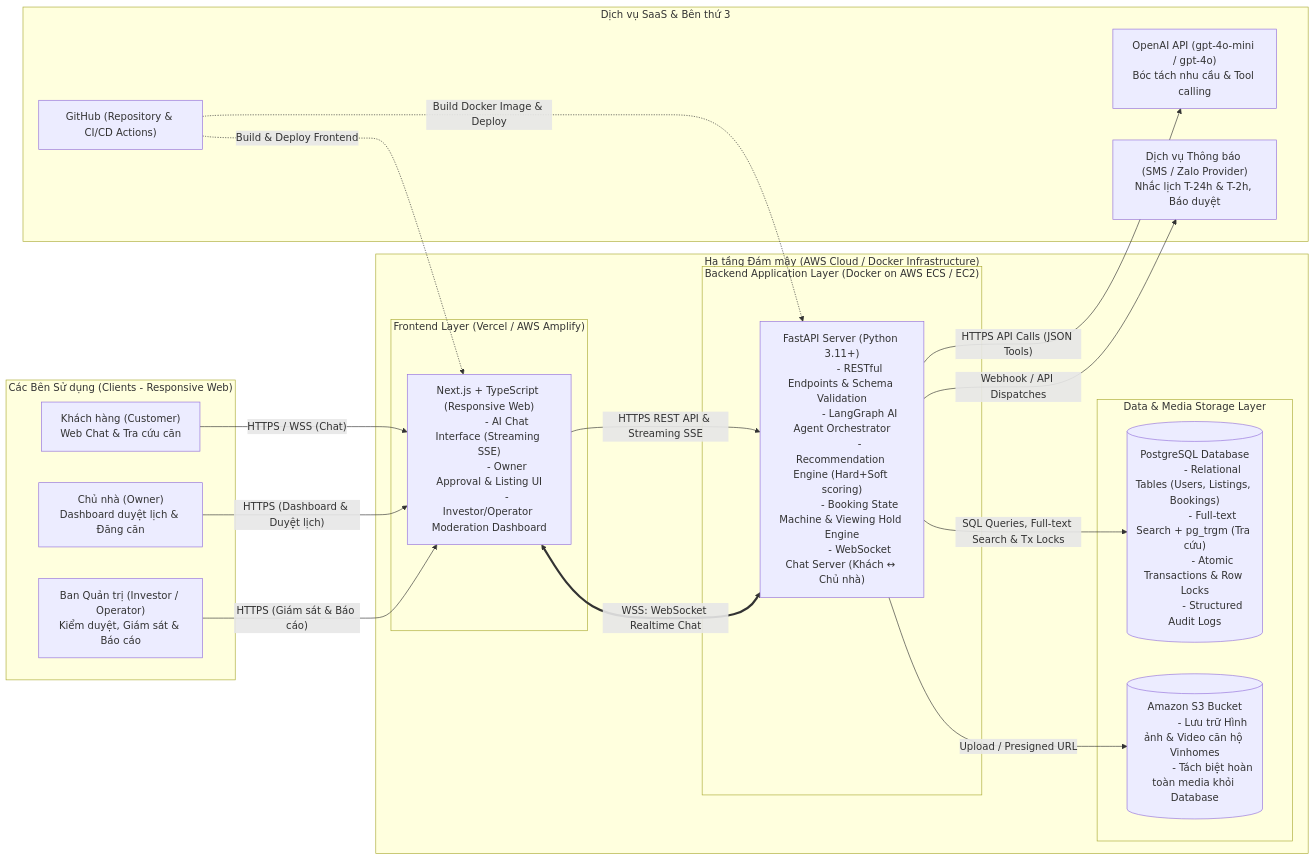
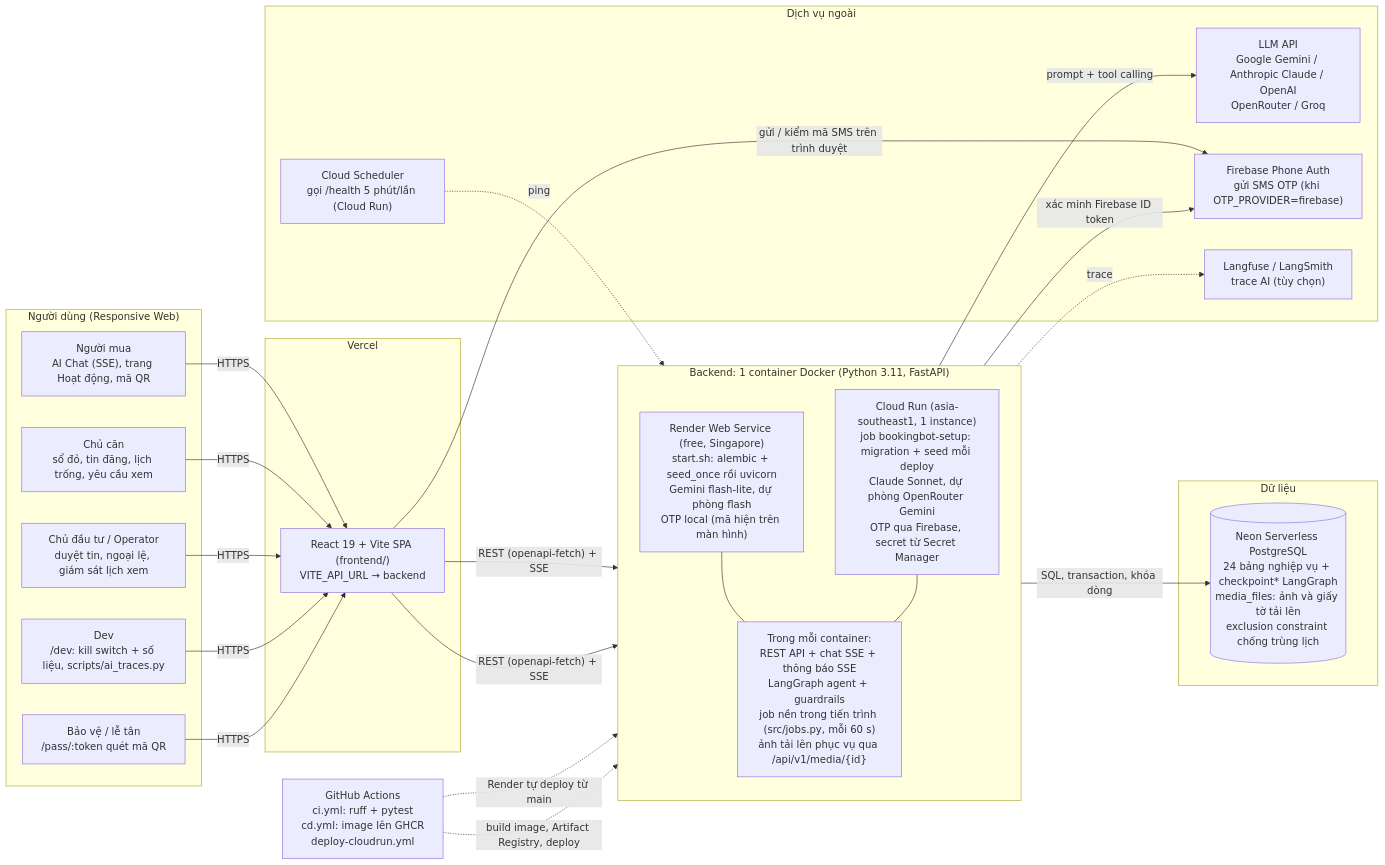
Before and after one commit to TaiHoang2501/P001: the diagram in DIagram/Deployment Diagram.md, drawn with Mermaid. The commit also changed other lines of this file and 10 other files, not shown here.

First line of the commit message:
docs: align README, .specify and diagrams with the running system

````diff
--- a/DIagram/Deployment Diagram.md
+++ b/DIagram/Deployment Diagram.md
@@ -5,65 +7,55 @@
 ```mermaid
 graph LR
-    subgraph Clients["Các Bên Sử dụng (Clients - Responsive Web)"]
-        C_USER["Khách hàng (Customer)<br/>Web Chat & Tra cứu căn"]
-        O_USER["Chủ nhà (Owner)<br/>Dashboard duyệt lịch & Đăng căn"]
-        OP_USER["Ban Quản trị (Investor / Operator)<br/>Kiểm duyệt, Giám sát & Báo cáo"]
+    subgraph Clients["Người dùng (Responsive Web)"]
+        C_USER["Người mua<br/>AI Chat (SSE), trang Hoạt động, mã QR"]
+        O_USER["Chủ căn<br/>sổ đỏ, tin đăng, lịch trống, yêu cầu xem"]
+        OP_USER["Chủ đầu tư / Operator<br/>duyệt tin, ngoại lệ, giám sát lịch xem"]
+        DEV_USER["Dev<br/>/dev: kill switch + số liệu, scripts/ai_traces.py"]
+        GUARD["Bảo vệ / lễ tân<br/>/pass/:token quét mã QR"]
     end
 
-    subgraph ExternalServices["Dịch vụ SaaS & Bên thứ 3"]
-        GITHUB["GitHub (Repository & CI/CD Actions)"]
-        LLM_API["OpenAI API (gpt-4o-mini / gpt-4o)<br/>Bóc tách nhu cầu & Tool calling"]
-        NOTIF_GATEWAY["Dịch vụ Thông báo (SMS / Zalo Provider)<br/>Nhắc lịch T-24h & T-2h, Báo duyệt"]
+    subgraph Vercel["Vercel"]
+        SPA["React 19 + Vite SPA (frontend/)<br/>VITE_API_URL → backend"]
     end
 
-    subgraph AWSCloud["Hạ tầng Đám mây (AWS Cloud / Docker Infrastructure)"]
-        subgraph FrontendTier["Frontend Layer (Vercel / AWS Amplify)"]
-            NEXTJS["Next.js + TypeScript (Responsive Web)
-            - AI Chat Interface (Streaming SSE)
-            - Owner Approval & Listing UI
-            - Investor/Operator Moderation Dashboard"]
-        end
-
-        subgraph BackendTier["Backend Application Layer (Docker on AWS ECS / EC2)"]
-            FASTAPI["FastAPI Server (Python 3.11+)
-            - RESTful Endpoints & Schema Validation
-            - LangGraph AI Agent Orchestrator
-            - Recommendation Engine (Hard+Soft scoring)
-            - Booking State Machine & Viewing Hold Engine
-            - WebSocket Chat Server (Khách ↔ Chủ nhà)"]
-        end
-
-        subgraph StorageTier["Data & Media Storage Layer"]
-            POSTGRES[("PostgreSQL Database
-            - Relational Tables (Users, Listings, Bookings)
-            - Full-text Search + pg_trgm (Tra cứu)
-            - Atomic Transactions & Row Locks
-            - Structured Audit Logs")]
-
-            S3_BUCKET[("Amazon S3 Bucket
-            - Lưu trữ Hình ảnh & Video căn hộ Vinhomes
-            - Tách biệt hoàn toàn media khỏi Database")]
-        end
+    subgraph Backend["Backend: 1 container Docker (Python 3.11, FastAPI)"]
+        direction TB
+        RENDER["Render Web Service (free, Singapore)<br/>start.sh: alembic + seed_once rồi uvicorn<br/>Gemini flash-lite, dự phòng flash<br/>OTP local (mã hiện trên màn hình)"]
+        CLOUDRUN["Cloud Run (asia-southeast1, 1 instance)<br/>job bookingbot-setup: migration + seed mỗi deploy<br/>Claude Sonnet, dự phòng OpenRouter Gemini<br/>OTP qua Firebase, secret từ Secret Manager"]
+        APP["Trong mỗi container:<br/>REST API + chat SSE + thông báo SSE<br/>LangGraph agent + guardrails<br/>job nền trong tiến trình (src/jobs.py, mỗi 60 s)<br/>ảnh tải lên phục vụ qua /api/v1/media/{id}"]
     end
 
-    %% Client Connections
-    C_USER -- "HTTPS / WSS (Chat)" --> NEXTJS
-    O_USER -- "HTTPS (Dashboard & Duyệt lịch)" --> NEXTJS
-    OP_USER -- "HTTPS (Giám sát & Báo cáo)" --> NEXTJS
+    subgraph Data["Dữ liệu"]
+        NEON[("Neon Serverless PostgreSQL<br/>24 bảng nghiệp vụ + checkpoint* LangGraph<br/>media_files: ảnh và giấy tờ tải lên<br/>exclusion constraint chống trùng lịch")]
+    end
 
-    %% Frontend to Backend
-    NEXTJS -- "HTTPS REST API & Streaming SSE" --> FASTAPI
-    NEXTJS <== "WSS: WebSocket Realtime Chat" ==> FASTAPI
+    subgraph External["Dịch vụ ngoài"]
+        LLM_API["LLM API<br/>Google Gemini / Anthropic Claude / OpenAI<br/>OpenRouter / Groq"]
+        FIREBASE["Firebase Phone Auth<br/>gửi SMS OTP (khi OTP_PROVIDER=firebase)"]
+        OBS["Langfuse / LangSmith<br/>trace AI (tùy chọn)"]
+        SCHED["Cloud Scheduler<br/>gọi /health 5 phút/lần (Cloud Run)"]
+    end
 
-    %% Backend to Internal Storage
-    FASTAPI -- "SQL Queries, Full-text Search & Tx Locks" --> POSTGRES
-    FASTAPI -- "Upload / Presigned URL" --> S3_BUCKET
+    GITHUB["GitHub Actions<br/>ci.yml: ruff + pytest<br/>cd.yml: image lên GHCR<br/>deploy-cloudrun.yml"]
 
-    %% Backend to External
-    FASTAPI -- "HTTPS API Calls (JSON Tools)" --> LLM_API
-    FASTAPI -- "Webhook / API Dispatches" --> NOTIF_GATEWAY
+    C_USER -- HTTPS --> SPA
+    O_USER -- HTTPS --> SPA
+    OP_USER -- HTTPS --> SPA
+    DEV_USER -- HTTPS --> SPA
+    GUARD -- HTTPS --> SPA
 
-    %% CI/CD
-    GITHUB -. "Build & Deploy Frontend" .-> NEXTJS
-    GITHUB -. "Build Docker Image & Deploy" .-> FASTAPI
+    SPA -- "REST (openapi-fetch) + SSE" --> RENDER
+    SPA -- "REST (openapi-fetch) + SSE" --> CLOUDRUN
+    RENDER --- APP
+    CLOUDRUN --- APP
+
+    APP -- "SQL, transaction, khóa dòng" --> NEON
+    APP -- "prompt + tool calling" --> LLM_API
+    APP -- "xác minh Firebase ID token" --> FIREBASE
+    SPA -- "gửi / kiểm mã SMS trên trình duyệt" --> FIREBASE
+    APP -. trace .-> OBS
+    SCHED -. ping .-> CLOUDRUN
+
+    GITHUB -. "Render tự deploy từ main" .-> RENDER
+    GITHUB -. "build image, Artifact Registry, deploy" .-> CLOUDRUN
 ```
````
